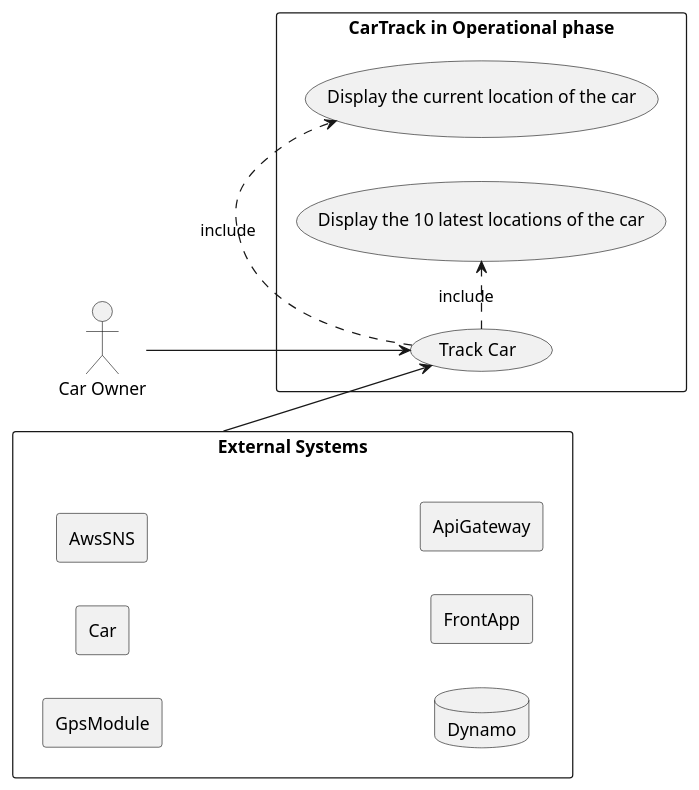
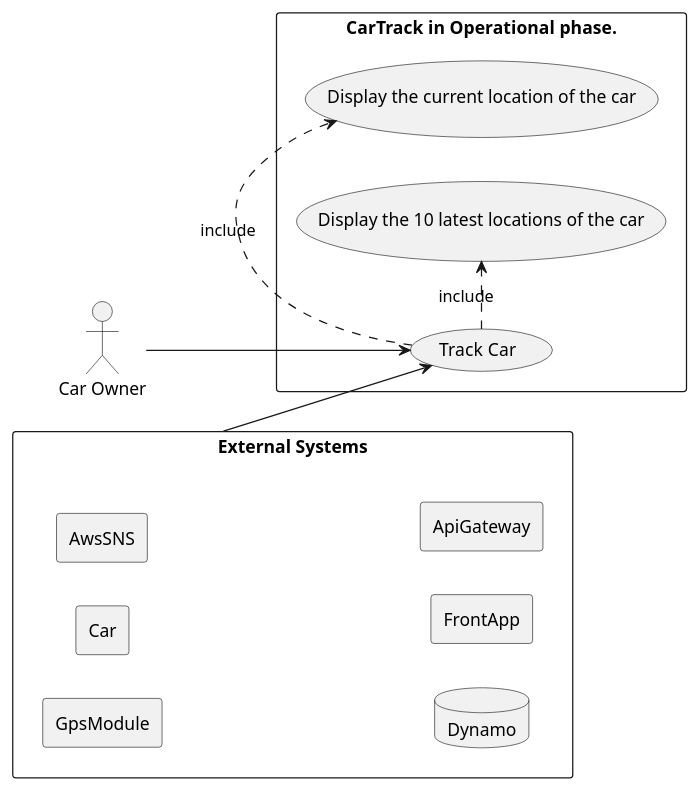
Before and after one commit to papeThiam98/CarTrack: the diagram in Design/3- UseCases/CarTrackUseCases.pu, drawn with PlantUML.

```diff
--- a/Design/3- UseCases/CarTrackUseCases.pu
+++ b/Design/3- UseCases/CarTrackUseCases.pu
@@ -1,26 +1,26 @@
 @startuml
 
-rectangle "CarTrack in Operational phase" as CT {
+rectangle "CarTrack in Operational phase." as CT {
     "Track Car" as (Track)
     "Display the current location of the car" as (Curr)
     "Display the 10 latest locations of the car" as (Lat)
 }
 actor "Car Owner" as co
 rectangle "External Systems" as ExSys{
     rectangle GpsModule as gps
     rectangle Car as car
     rectangle AwsSNS as SNS
     database Dynamo as DB
     rectangle FrontApp as app
     rectangle ApiGateway as api
 }
 
 left to right direction
 (Track).>(Curr): include
 (Track).>(Lat): include
 
 :co:-->(Track)
 
 ExSys --> (Track)
 
 @enduml
```
